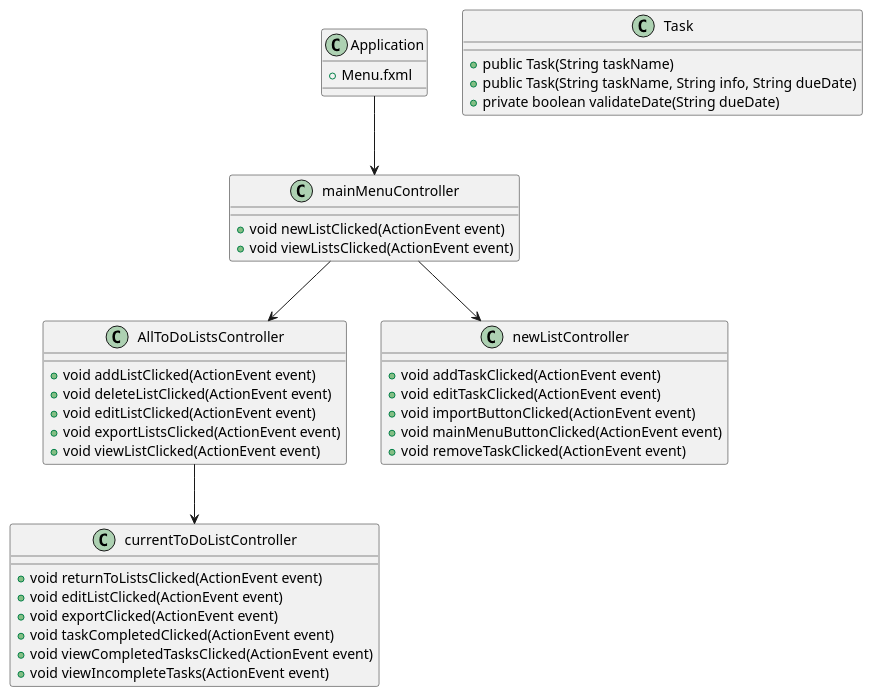
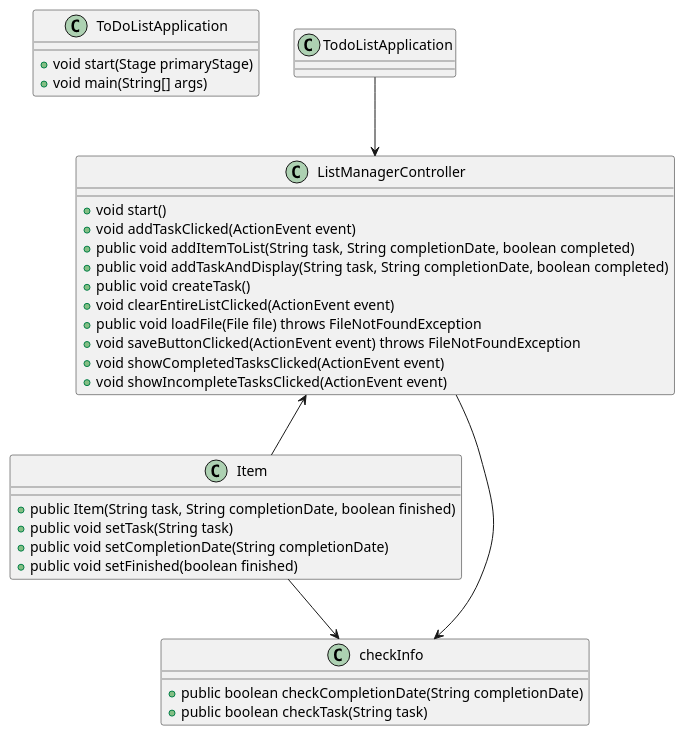
One commit to FareedAlly/-app1-impl changed the diagram in docs/diagram.puml. Above: the diagram before and after it, drawn with PlantUML. The commit also changed 6 other files, not shown here.

Commit message:
fixed some problems and updated plantUML

```diff
--- a/docs/diagram.puml
+++ b/docs/diagram.puml
@@ -1,60 +1,44 @@
 @startuml
 'https://plantuml.com/sequence-diagram
 
-class Application
+class ToDoListApplication
 {
-    +Menu.fxml
++void start(Stage primaryStage)
++void main(String[] args)
+}
+
+class Item
+{
++public Item(String task, String completionDate, boolean finished)
++ public void setTask(String task)
++public void setCompletionDate(String completionDate)
++public void setFinished(boolean finished)
 
 }
 
-class AllToDoListsController
+class checkInfo
 {
-    +void addListClicked(ActionEvent event)
-    +void deleteListClicked(ActionEvent event)
-    +void editListClicked(ActionEvent event)
-    +void exportListsClicked(ActionEvent event)
-    +void viewListClicked(ActionEvent event)
-
++public boolean checkCompletionDate(String completionDate)
++ public boolean checkTask(String task)
 }
 
-class currentToDoListController
+class ListManagerController
 {
-    +void returnToListsClicked(ActionEvent event)
-    +void editListClicked(ActionEvent event)
-    +void exportClicked(ActionEvent event)
-    +void taskCompletedClicked(ActionEvent event)
-    +void viewCompletedTasksClicked(ActionEvent event)
-    +void viewIncompleteTasks(ActionEvent event)
-
++void start()
++void addTaskClicked(ActionEvent event)
++public void addItemToList(String task, String completionDate, boolean completed)
++public void addTaskAndDisplay(String task, String completionDate, boolean completed)
++public void createTask()
++void clearEntireListClicked(ActionEvent event)
++public void loadFile(File file) throws FileNotFoundException
++ void saveButtonClicked(ActionEvent event) throws FileNotFoundException
++void showCompletedTasksClicked(ActionEvent event)
++void showIncompleteTasksClicked(ActionEvent event)
 }
 
-class mainMenuController
-{
-    +void newListClicked(ActionEvent event)
-    +void viewListsClicked(ActionEvent event)
-
-}
-
-class newListController
-{
-    +void addTaskClicked(ActionEvent event)
-    +void editTaskClicked(ActionEvent event)
-    +void importButtonClicked(ActionEvent event)
-    +void mainMenuButtonClicked(ActionEvent event)
-    +void removeTaskClicked(ActionEvent event)
-}
-
-class Task
-{
-    +public Task(String taskName)
-    +public Task(String taskName, String info, String dueDate)
-    +private boolean validateDate(String dueDate)
-}
-
-Application-->mainMenuController
-mainMenuController-->newListController
-mainMenuController-->AllToDoListsController
-AllToDoListsController-->currentToDoListController
-
+TodoListApplication --> ListManagerController
+ListManagerController <-- Item
+ListManagerController -->checkInfo
+Item --> checkInfo
 
 @enduml
```
